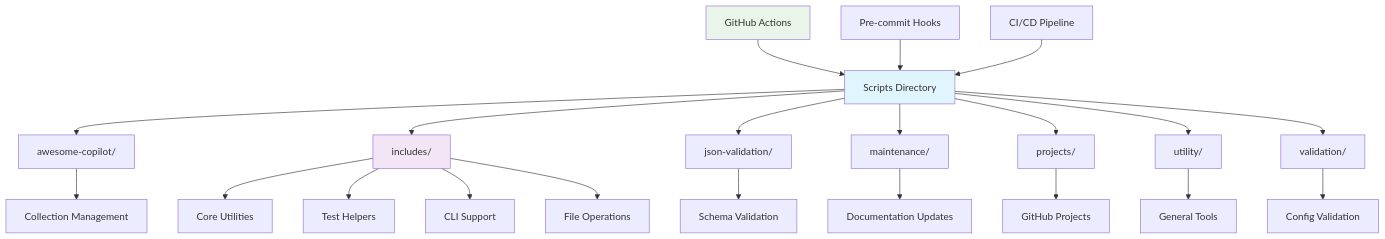
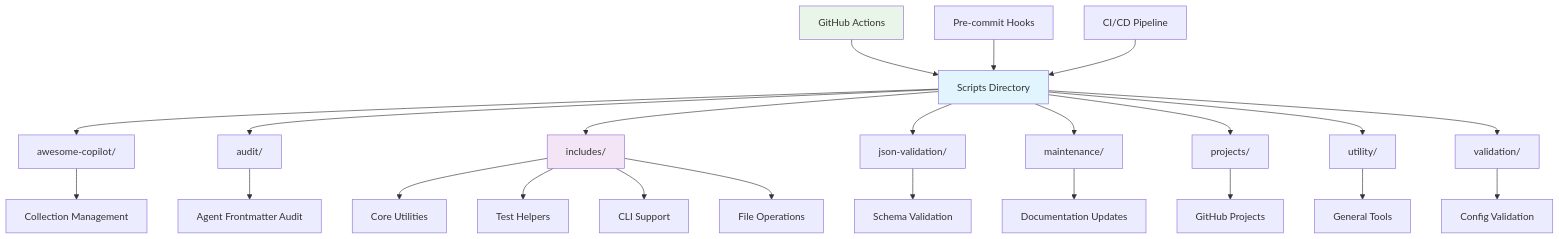
The first of 3 diagrams in scripts/README.md (lightspeedwp/.github), drawn with Mermaid before and after one commit. The commit also changed other lines of this file and 3 other files, not shown here.

First line of the commit message:
feat(audit): add Ruby script for agent frontmatter audit

````diff
--- a/scripts/README.md
+++ b/scripts/README.md
@@ -31,32 +31,34 @@
 ```mermaid
 graph TB
 accTitle: "Scripts and automation directory architecture"
 accDescr: "Shows the hierarchical structure of scripts directory including awesome-copilot, includes, validation, maintenance, and projects folders with their core utilities, test helpers, and integrations with GitHub Actions and CI/CD pipeline."
     A[Scripts Directory] --> B[awesome-copilot/]
+    A --> V[audit/]
     A --> C[includes/]
     A --> D[json-validation/]
     A --> E[maintenance/]
     A --> F[projects/]
     A --> G[utility/]
     A --> H[validation/]
 
     C --> I[Core Utilities]
     C --> J[Test Helpers]
     C --> K[CLI Support]
     C --> L[File Operations]
 
     B --> M[Collection Management]
+    V --> W[Agent Frontmatter Audit]
     D --> N[Schema Validation]
     E --> O[Documentation Updates]
     F --> P[GitHub Projects]
     G --> Q[General Tools]
     H --> R[Config Validation]
 
     S[GitHub Actions] --> A
     T[Pre-commit Hooks] --> A
     U[CI/CD Pipeline] --> A
 
     style A fill:#e1f5fe
     style C fill:#f3e5f5
     style S fill:#e8f5e8
 ```
````
